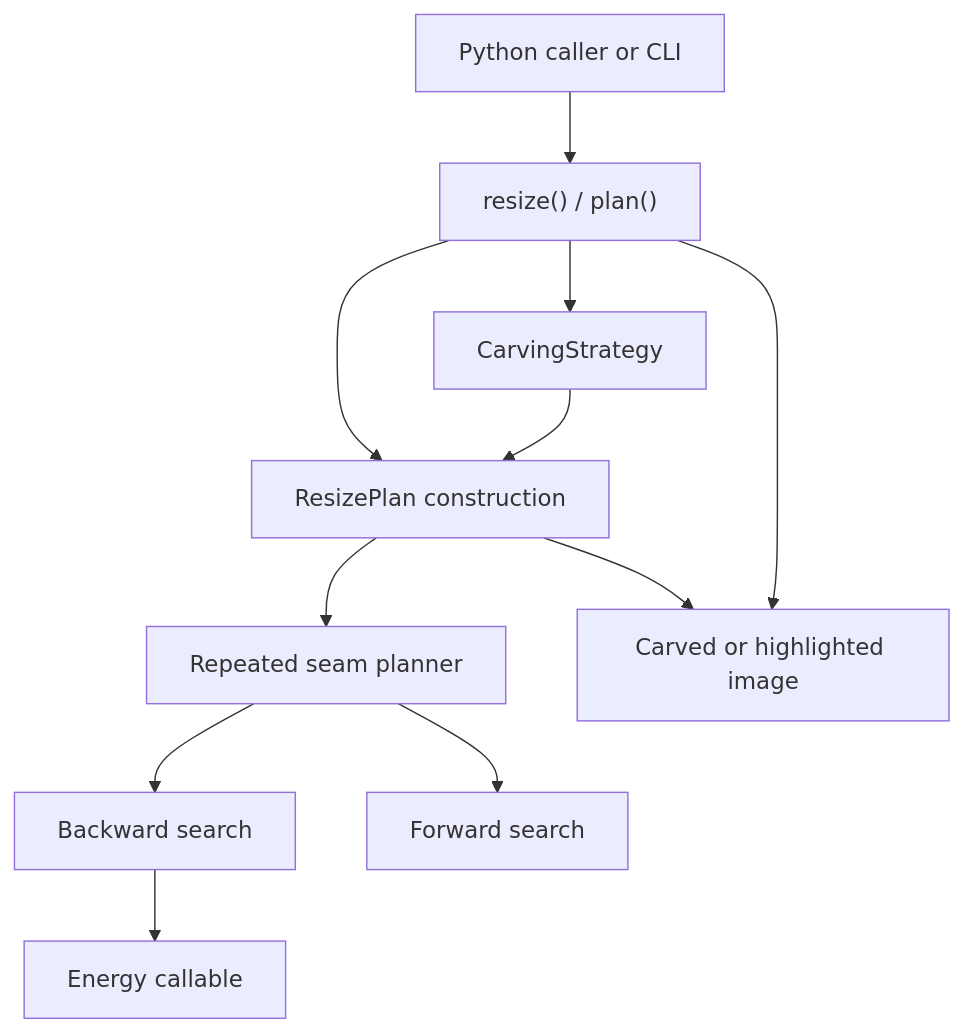
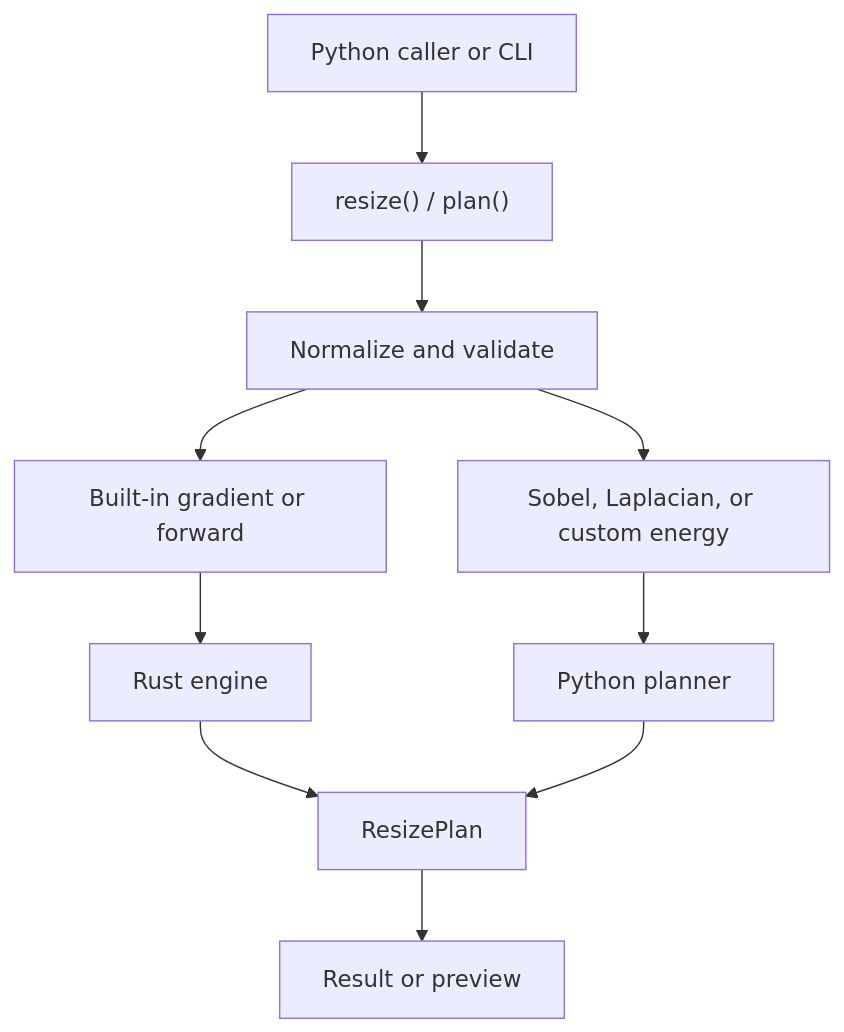
The diagram in docs/architecture.md (okinealb/seamop), drawn with Mermaid before and after one commit. The commit also changed other lines of this file and 13 other files, not shown here.

Commit message:
docs(rust): document engine boundary (#62)

````diff
--- a/docs/architecture.md
+++ b/docs/architecture.md
@@ -6,23 +6,22 @@
 ```mermaid
 flowchart TD
     Client["Python caller or CLI"]
     Core["resize() / plan()"]
-    Strategy["CarvingStrategy"]
-    Plan["ResizePlan construction"]
-    Planner["Repeated seam planner"]
-    Backward["Backward search"]
-    Forward["Forward search"]
-    Energy["Energy callable"]
-    Result["Carved or highlighted image"]
+    Normalize["Normalize and validate"]
+    Builtin["Built-in gradient or forward"]
+    Custom["Sobel, Laplacian, or custom energy"]
+    Engine["Rust engine"]
+    Python["Python planner"]
+    Plan["ResizePlan"]
+    Output["Result or preview"]
 
     Client --> Core
-    Core --> Strategy
-    Core --> Plan
-    Strategy --> Plan
-    Plan --> Planner
-    Planner --> Backward
-    Planner --> Forward
-    Backward --> Energy
-    Plan --> Result
-    Core --> Result
+    Core --> Normalize
+    Normalize --> Builtin
+    Normalize --> Custom
+    Builtin --> Engine
+    Custom --> Python
+    Engine --> Plan
+    Python --> Plan
+    Plan --> Output
 ```
````
